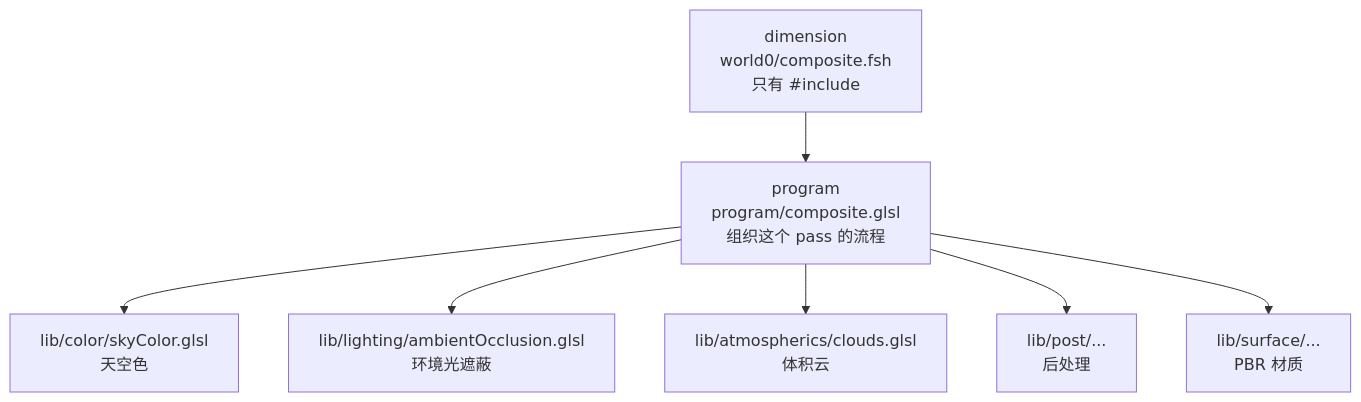
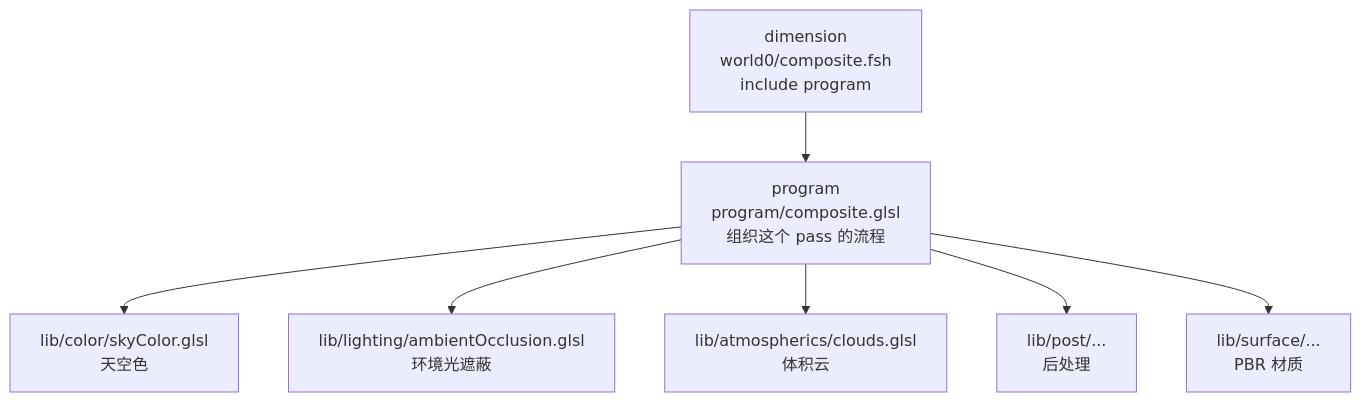
Before and after one commit to TT432/iris-shader-tutorial: the first of 2 diagrams in src/content/docs/10-ship/04-bsl-guide.md, drawn with Mermaid. The commit also changed other lines of this file and 1 other file, not shown here.

````diff
--- a/src/content/docs/10-ship/04-bsl-guide.md
+++ b/src/content/docs/10-ship/04-bsl-guide.md
@@ -39,9 +39,9 @@
 ```mermaid
 flowchart TD
-    D["dimension<br/>world0/composite.fsh<br/>只有 #include"] --> P["program<br/>program/composite.glsl<br/>组织这个 pass 的流程"]
+    D["dimension<br/>world0/composite.fsh<br/>include program"] --> P["program<br/>program/composite.glsl<br/>组织这个 pass 的流程"]
     P --> L1["lib/color/skyColor.glsl<br/>天空色"]
     P --> L2["lib/lighting/ambientOcclusion.glsl<br/>环境光遮蔽"]
     P --> L3["lib/atmospherics/clouds.glsl<br/>体积云"]
     P --> L4["lib/post/...<br/>后处理"]
     P --> L5["lib/surface/...<br/>PBR 材质"]
 ```
````
